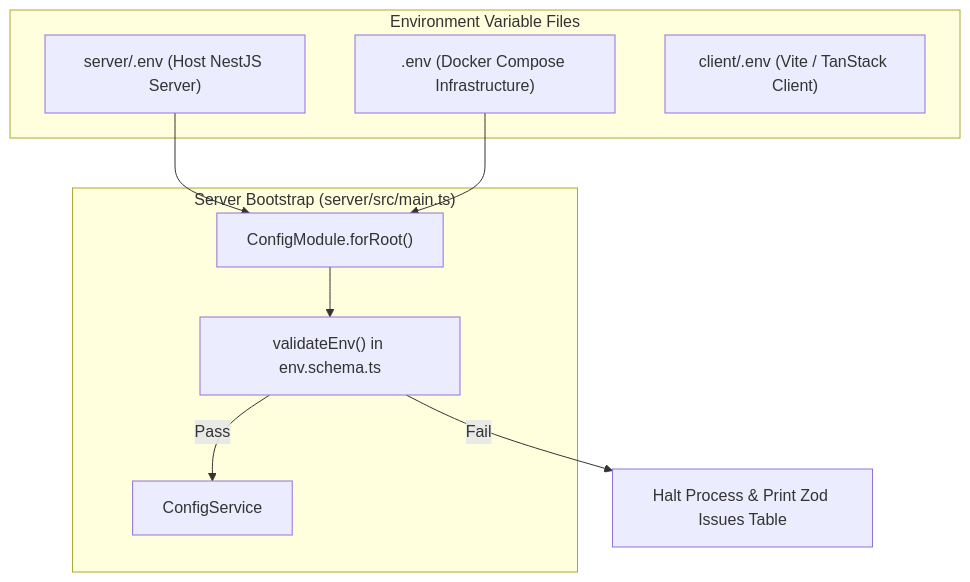
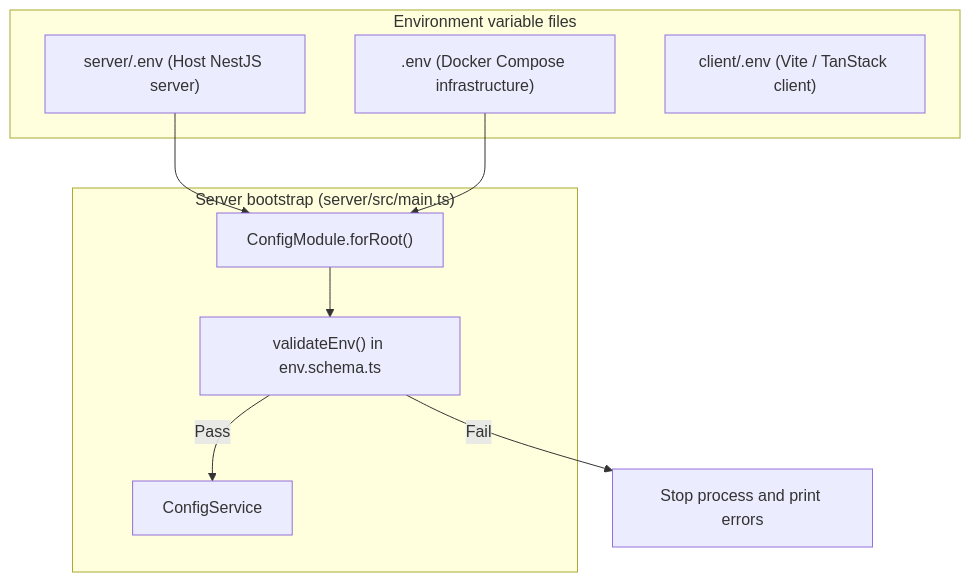
The first of 2 diagrams in docs/developer-guide/14-configuration-and-environments.md (MahmoudAhmed184/Morshid), drawn with Mermaid before and after one commit. The commit also changed other lines of this file and 19 other files, not shown here.

````diff
--- a/docs/developer-guide/14-configuration-and-environments.md
+++ b/docs/developer-guide/14-configuration-and-environments.md
@@ -11,19 +11,19 @@
 ```mermaid
 graph TD
-    subgraph EnvSources["Environment Variable Files"]
-        E1["server/.env (Host NestJS Server)"]
-        E2[".env (Docker Compose Infrastructure)"]
-        E3["client/.env (Vite / TanStack Client)"]
+    subgraph EnvSources["Environment variable files"]
+        E1["server/.env (Host NestJS server)"]
+        E2[".env (Docker Compose infrastructure)"]
+        E3["client/.env (Vite / TanStack client)"]
     end
 
-    subgraph ServerBoot["Server Bootstrap (server/src/main.ts)"]
+    subgraph ServerBoot["Server bootstrap (server/src/main.ts)"]
         ConfigModule["ConfigModule.forRoot()"]
         ValidateEnv["validateEnv() in env.schema.ts"]
         AppConfig["ConfigService<AppEnvironment, true>"]
     end
 
     E1 & E2 --> ConfigModule
     ConfigModule --> ValidateEnv
     ValidateEnv -->|Pass| AppConfig
-    ValidateEnv -->|Fail| HaltBoot["Halt Process & Print Zod Issues Table"]
+    ValidateEnv -->|Fail| HaltBoot["Stop process and print errors"]
 ```
````
